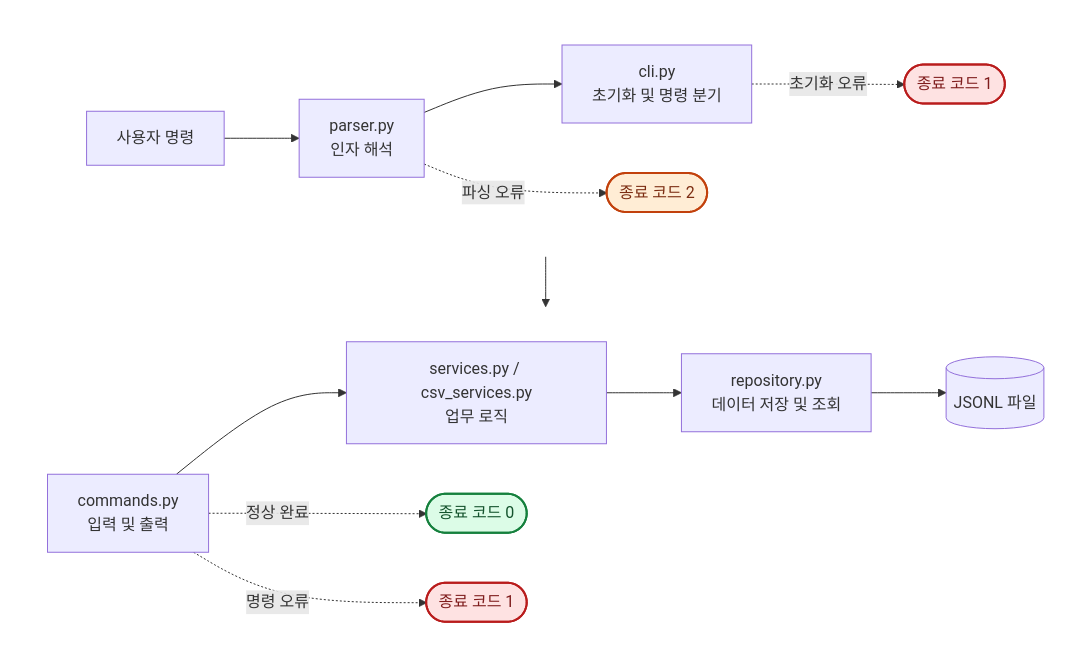
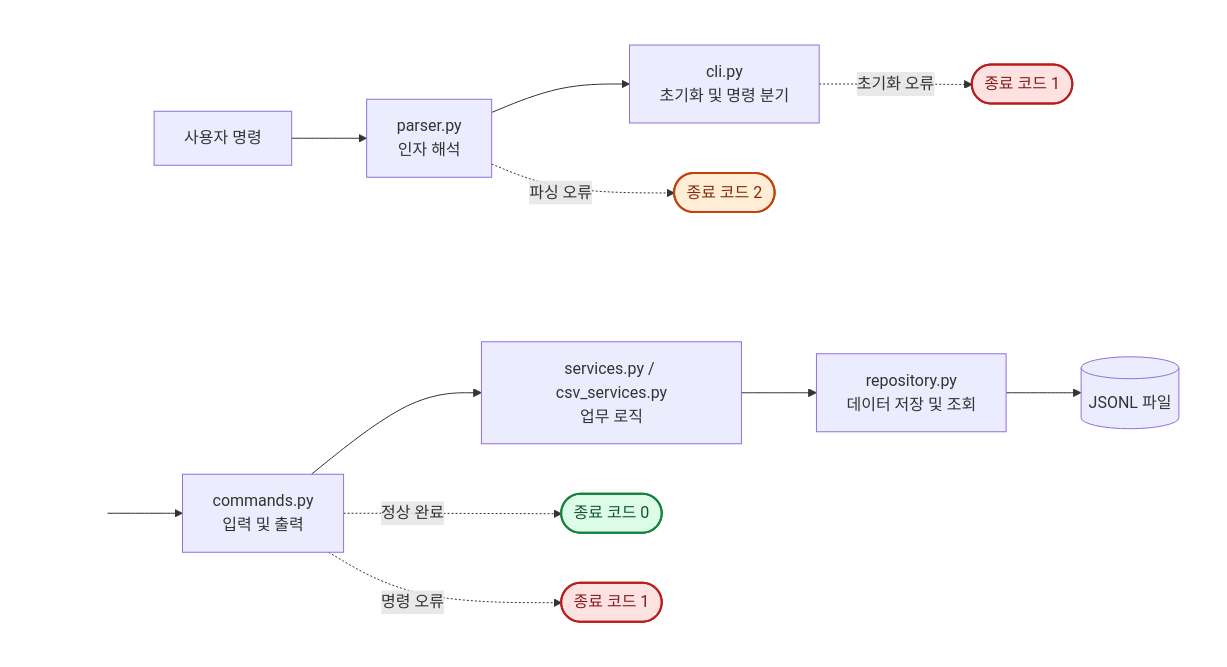
The diagram in README.md (bllancck/B2-1.py-ledger-cli), drawn with Mermaid before and after one commit.

Commit message:
docs: adjust execution flow diagram

````diff
--- a/README.md
+++ b/README.md
@@ -58,40 +58,41 @@
 ```mermaid
 ---
 config:
   layout: dagre
   look: classic
   flowchart:
     curve: basis
 ---
 flowchart TB
     subgraph first_row[" "]
         direction LR
         user[사용자 명령] --> parser[parser.py<br/>인자 해석]
         parser --> cli[cli.py<br/>초기화 및 명령 분기]
         parser -. 파싱 오류 .-> exit2([종료 코드 2])
         cli -. 초기화 오류 .-> init_error([종료 코드 1])
     end
 
     subgraph second_row[" "]
         direction LR
-        commands[commands.py<br/>입력 및 출력]
+        command_start[" "] --> commands[commands.py<br/>입력 및 출력]
         services[services.py / csv_services.py<br/>업무 로직]
         commands --> services
         services --> repository[repository.py<br/>데이터 저장 및 조회]
         repository --> files[(JSONL 파일)]
         commands -. 정상 완료 .-> exit0([종료 코드 0])
         commands -. 명령 오류 .-> command_error([종료 코드 1])
     end
 
-    first_row --> second_row
+    first_row ~~~ second_row
 
     style first_row fill:none,stroke:none
     style second_row fill:none,stroke:none
+    style command_start fill:none,stroke:none
 
     classDef exitSuccess fill:#dcfce7,stroke:#15803d,color:#14532d,stroke-width:2px
     classDef exitError fill:#fee2e2,stroke:#b91c1c,color:#7f1d1d,stroke-width:2px
     classDef exitParse fill:#ffedd5,stroke:#c2410c,color:#7c2d12,stroke-width:2px
     class exit0 exitSuccess
     class init_error,command_error exitError
     class exit2 exitParse
 ```
````
